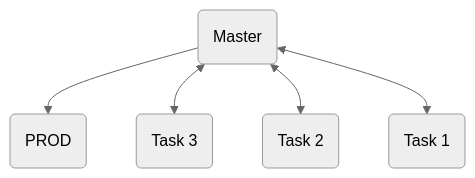
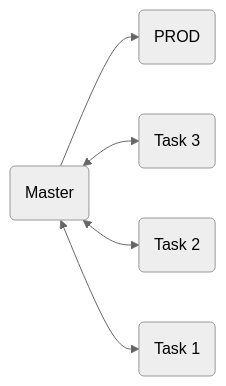
One commit to Game-GOTY/Unity changed the diagram in README.md. Above: the diagram before and after it, drawn with Mermaid (neutral theme).

````diff
--- a/README.md
+++ b/README.md
@@ -19,13 +19,13 @@
 ```mermaid
-flowchart TD
+flowchart LR
   n2["Master"] --> n1["PROD"]
   n2 <--> n5["Task 3"]
   n2 <--> n4["Task 2"]
   n2 <--> n3["Task 1"]
   
   n2@{ shape: rounded}
   n1@{ shape: rounded}
   n5@{ shape: rounded}
   n4@{ shape: rounded}
   n3@{ shape: rounded}
 ```
````
